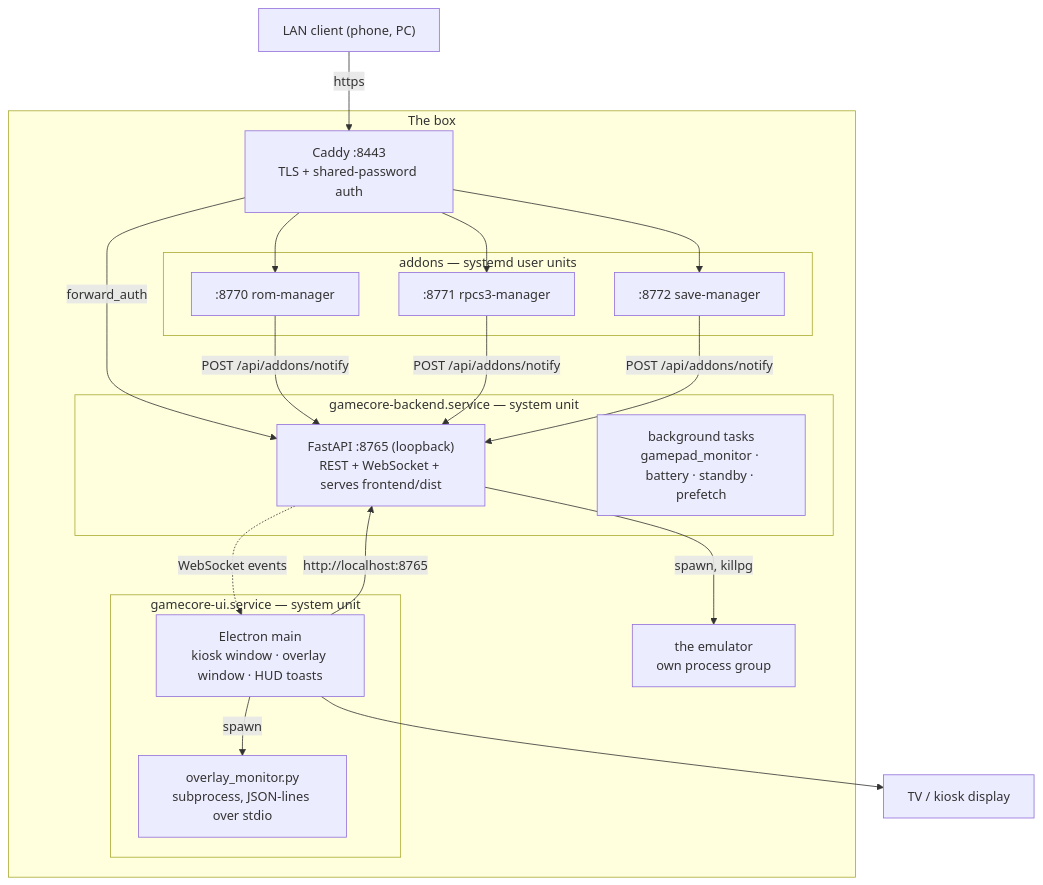
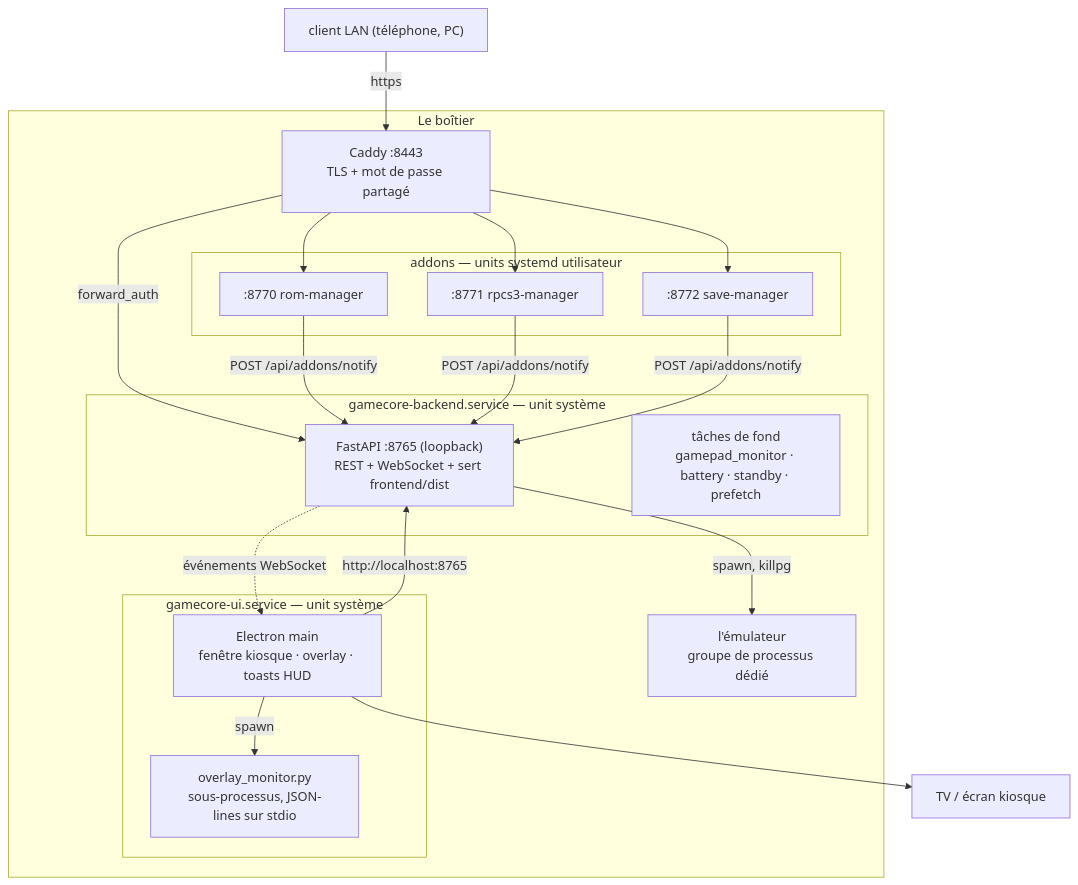
The diagram in docs/architecture/README.md (p4v1c/GamecoreRenew), drawn with Mermaid before and after one commit. The commit also changed other lines of this file and 16 other files, not shown here.

First line of the commit message:
docs: passe la documentation d'architecture en français

````diff
--- a/docs/architecture/README.md
+++ b/docs/architecture/README.md
@@ -34,33 +34,33 @@
 ```mermaid
 flowchart TB
-    subgraph box["The box"]
-        subgraph be["gamecore-backend.service — system unit"]
-            api["FastAPI :8765 (loopback)<br/>REST + WebSocket + serves frontend/dist"]
-            tasks["background tasks<br/>gamepad_monitor · battery · standby · prefetch"]
+    subgraph box["Le boîtier"]
+        subgraph be["gamecore-backend.service — unit système"]
+            api["FastAPI :8765 (loopback)<br/>REST + WebSocket + sert frontend/dist"]
+            tasks["tâches de fond<br/>gamepad_monitor · battery · standby · prefetch"]
         end
-        subgraph ui["gamecore-ui.service — system unit"]
-            main["Electron main<br/>kiosk window · overlay window · HUD toasts"]
-            mon["overlay_monitor.py<br/>subprocess, JSON-lines over stdio"]
+        subgraph ui["gamecore-ui.service — unit système"]
+            main["Electron main<br/>fenêtre kiosque · overlay · toasts HUD"]
+            mon["overlay_monitor.py<br/>sous-processus, JSON-lines sur stdio"]
         end
-        emu["the emulator<br/>own process group"]
-        subgraph addons["addons — systemd user units"]
+        emu["l'émulateur<br/>groupe de processus dédié"]
+        subgraph addons["addons — units systemd utilisateur"]
             a1[":8770 rom-manager"]
             a2[":8771 rpcs3-manager"]
             a3[":8772 save-manager"]
         end
-        caddy["Caddy :8443<br/>TLS + shared-password auth"]
+        caddy["Caddy :8443<br/>TLS + mot de passe partagé"]
     end
 
-    tv["TV / kiosk display"]
-    lan["LAN client (phone, PC)"]
+    tv["TV / écran kiosque"]
+    lan["client LAN (téléphone, PC)"]
 
     main -->|"http://localhost:8765"| api
     main -->|spawn| mon
     main --> tv
     api -->|spawn, killpg| emu
-    api -.->|WebSocket events| main
+    api -.->|événements WebSocket| main
     lan -->|https| caddy
     caddy -->|forward_auth| api
     caddy --> a1 & a2 & a3
     a1 & a2 & a3 -->|"POST /api/addons/notify"| api
 ```
````
